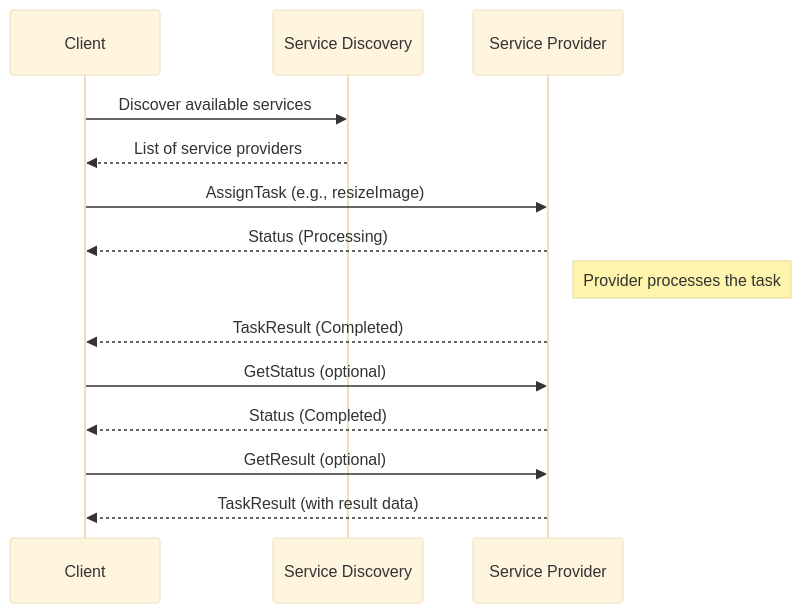
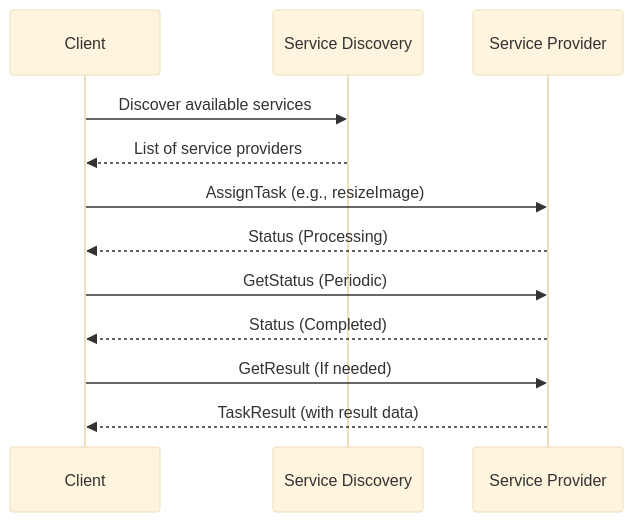
The diagram in README.md (OmidArdestani/Service-Oriented-API-Interface), drawn with Mermaid (base theme) before and after one commit.

````diff
--- a/README.md
+++ b/README.md
@@ -271,17 +271,16 @@
 ```mermaid
 sequenceDiagram
     participant Client
     participant Discovery as Service Discovery
     participant Provider as Service Provider
 
     Client->>Discovery: Discover available services
     Discovery-->>Client: List of service providers
     Client->>Provider: AssignTask (e.g., resizeImage)
     Provider-->>Client: Status (Processing)
-    Note right of Provider: Provider processes the task
-    Provider-->>Client: TaskResult (Completed)
-    Client->>Provider: GetStatus (optional)
+
+    Client->>Provider: GetStatus (Periodic)
     Provider-->>Client: Status (Completed)
-    Client->>Provider: GetResult (optional)
+    Client->>Provider: GetResult (If needed)
     Provider-->>Client: TaskResult (with result data)
 ```
````
